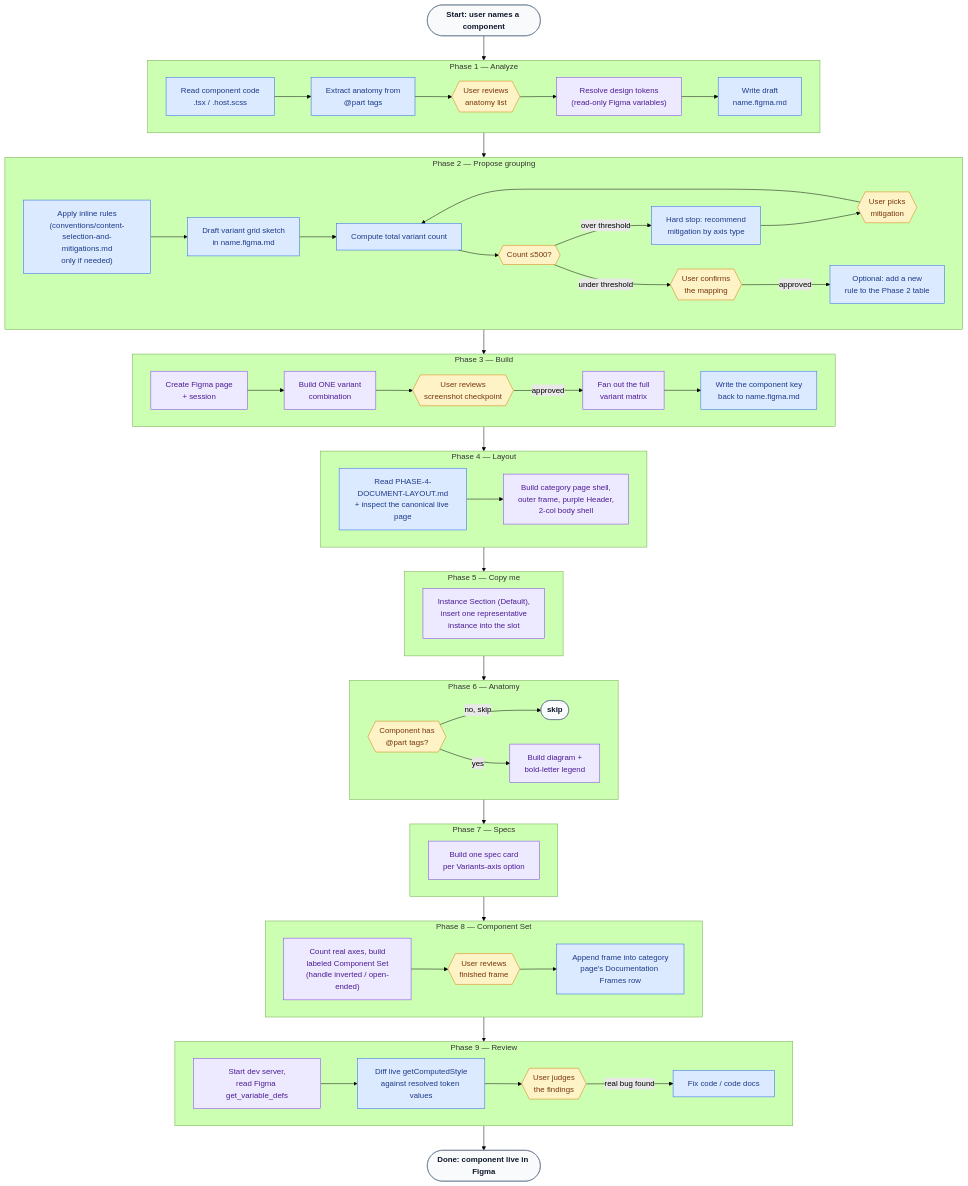
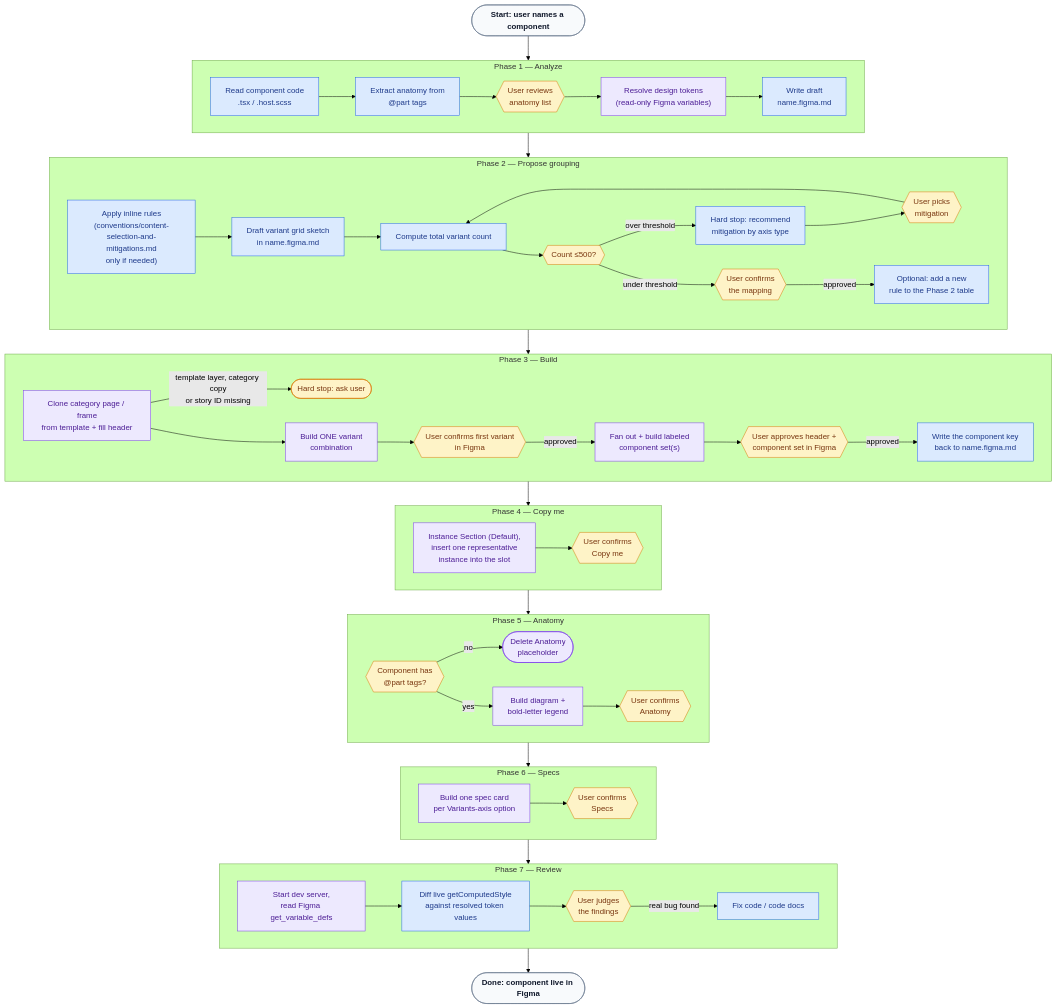
The diagram in .claude/skills/ds-code-to-figma/SKILL.md (helvetia-design/design-system), drawn with Mermaid (forest theme) before and after one commit. The commit also changed other lines of this file and 20 other files, not shown here.

````diff
--- a/.claude/skills/ds-code-to-figma/SKILL.md
+++ b/.claude/skills/ds-code-to-figma/SKILL.md
@@ -77,57 +72,45 @@
 
     subgraph P3G["Phase 3 — Build"]
         direction LR
-        P3a["Create Figma page<br/>+ session"]:::figma --> P3b["Build ONE variant<br/>combination"]:::figma
-        P3b --> P3c{{"User reviews<br/>screenshot checkpoint"}}:::human
-        P3c -->|approved| P3d["Fan out the full<br/>variant matrix"]:::figma
-        P3d --> P3e["Write the component key<br/>back to name.figma.md"]:::code
+        P3a["Clone category page / frame<br/>from template + fill header"]:::figma -->|template layer, category copy<br/>or story ID missing| P3h(["Hard stop: ask user"]):::human
+        P3a --> P3b["Build ONE variant<br/>combination"]:::figma
+        P3b --> P3c{{"User confirms first variant<br/>in Figma"}}:::human
+        P3c -->|approved| P3d["Fan out + build labeled<br/>component set(s)"]:::figma
+        P3d --> P3f{{"User approves header +<br/>component set in Figma"}}:::human
+        P3f -->|approved| P3e["Write the component key<br/>back to name.figma.md"]:::code
     end
 
     P3G --> P4G
 
-    subgraph P4G["Phase 4 — Layout"]
+    subgraph P4G["Phase 4 — Copy me"]
         direction LR
-        P4a["Read PHASE-4-DOCUMENT-LAYOUT.md<br/>+ inspect the canonical live page"]:::code --> P4b["Build category page shell,<br/>outer frame, purple Header,<br/>2-col body shell"]:::figma
+        P4a["Instance Section (Default),<br/>insert one representative<br/>instance into the slot"]:::figma --> P4b{{"User confirms<br/>Copy me"}}:::human
     end
 
     P4G --> P5G
 
-    subgraph P5G["Phase 5 — Copy me"]
+    subgraph P5G["Phase 5 — Anatomy"]
         direction LR
-        P5a["Instance Section (Default),<br/>insert one representative<br/>instance into the slot"]:::figma
+        P5a{{"Component has<br/>@part tags?"}}:::human -->|no| P5s(["Delete Anatomy<br/>placeholder"]):::figma
+        P5a -->|yes| P5b["Build diagram +<br/>bold-letter legend"]:::figma
+        P5b --> P5c{{"User confirms<br/>Anatomy"}}:::human
     end
 
     P5G --> P6G
 
-    subgraph P6G["Phase 6 — Anatomy"]
+    subgraph P6G["Phase 6 — Specs"]
         direction LR
-        P6a{{"Component has<br/>@part tags?"}}:::human -->|no, skip| P6s(["skip"]):::phase
-        P6a -->|yes| P6b["Build diagram +<br/>bold-letter legend"]:::figma
+        P6a["Build one spec card<br/>per Variants-axis option"]:::figma --> P6b{{"User confirms<br/>Specs"}}:::human
     end
 
     P6G --> P7G
 
-    subgraph P7G["Phase 7 — Specs"]
+    subgraph P7G["Phase 7 — Review"]
         direction LR
-        P7a["Build one spec card<br/>per Variants-axis option"]:::figma
+        P7a["Start dev server,<br/>read Figma get_variable_defs"]:::figma --> P7b["Diff live getComputedStyle<br/>against resolved token values"]:::code
+        P7b --> P7c{{"User judges<br/>the findings"}}:::human
+        P7c -->|real bug found| P7d["Fix code / code docs"]:::code
     end
 
-    P7G --> P8G
-
-    subgraph P8G["Phase 8 — Component Set"]
-        direction LR
-        P8a["Count real axes, build<br/>labeled Component Set<br/>(handle inverted / open-ended)"]:::figma --> P8b{{"User reviews<br/>finished frame"}}:::human
-        P8b --> P8c["Append frame into category<br/>page's Documentation Frames row"]:::code
-    end
-
-    P8G --> P9G
-
-    subgraph P9G["Phase 9 — Review"]
-        direction LR
-        P9a["Start dev server,<br/>read Figma get_variable_defs"]:::figma --> P9b["Diff live getComputedStyle<br/>against resolved token values"]:::code
-        P9b --> P9c{{"User judges<br/>the findings"}}:::human
-        P9c -->|real bug found| P9d["Fix code / code docs"]:::code
-    end
-
-    P9G --> Done(["Done: component live in Figma"]):::phase
+    P7G --> Done(["Done: component live in Figma"]):::phase
 ```
````
